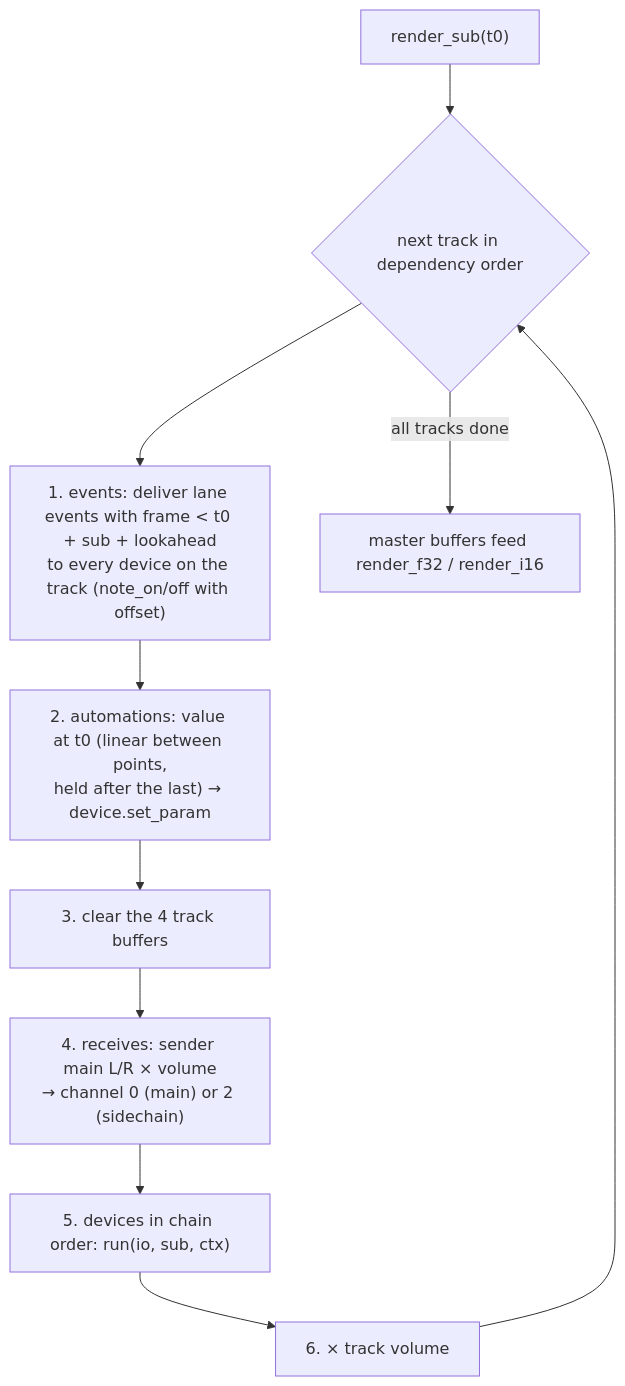
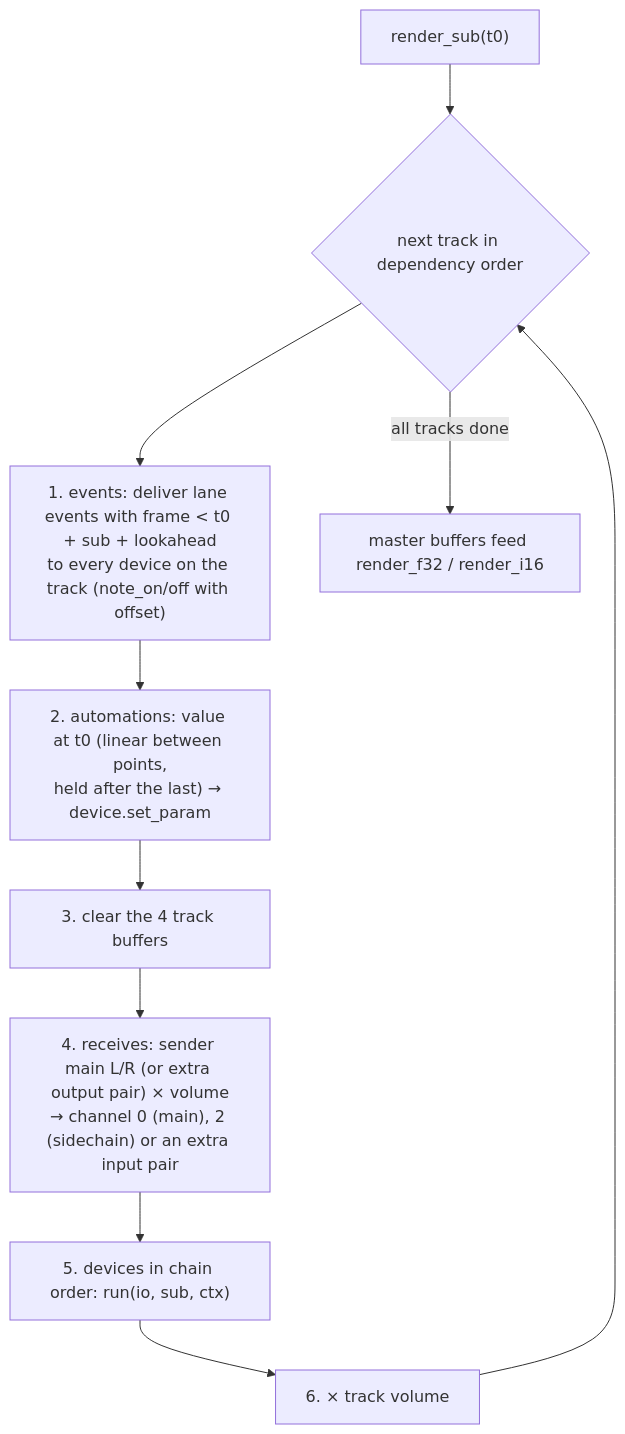
One commit to unisynth/unisynth changed the seventh of 9 diagrams in docs/synth/synth-core.md. Above: the diagram before and after it, drawn with Mermaid. The commit also changed other lines of this file and 90 other files, not shown here.

````diff
--- a/docs/synth/synth-core.md
+++ b/docs/synth/synth-core.md
@@ -253,12 +263,12 @@
 ```mermaid
 flowchart TD
     S["render_sub(t0)"] --> T{"next track in dependency order"}
     T --> E1["1. events: deliver lane events with frame < t0 + sub + lookahead<br/>to every device on the track (note_on/off with offset)"]
     E1 --> E2["2. automations: value at t0 (linear between points,<br/>held after the last) → device.set_param"]
     E2 --> E3["3. clear the 4 track buffers"]
-    E3 --> E4["4. receives: sender main L/R × volume<br/>→ channel 0 (main) or 2 (sidechain)"]
+    E3 --> E4["4. receives: sender main L/R (or extra output pair) × volume<br/>→ channel 0 (main), 2 (sidechain) or an extra input pair"]
     E4 --> E5["5. devices in chain order: run(io, sub, ctx)"]
     E5 --> E6["6. × track volume"]
     E6 --> T
     T -->|"all tracks done"| M["master buffers feed render_f32 / render_i16"]
 ```
````
